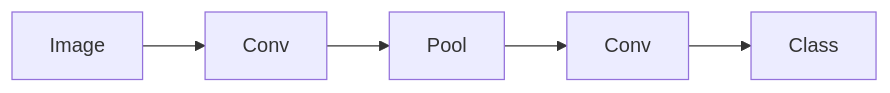
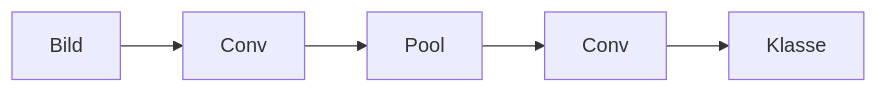
The diagram in i18n/de/docusaurus-plugin-content-docs/current/neural-networks/cnn.md (EmersonBraun/ai-summary-hub), drawn with Mermaid before and after one commit. The commit also changed other lines of this file and 384 other files, not shown here.

````diff
--- a/i18n/de/docusaurus-plugin-content-docs/current/neural-networks/cnn.md
+++ b/i18n/de/docusaurus-plugin-content-docs/current/neural-networks/cnn.md
@@ -17,7 +17,7 @@
 ```mermaid
 flowchart LR
-  Image[Image] --> Conv[Conv]
+  Image[Bild] --> Conv[Conv]
   Conv --> Pool[Pool]
   Pool --> Conv2[Conv]
-  Conv2 --> Class[Class]
+  Conv2 --> Class[Klasse]
 ```
````
